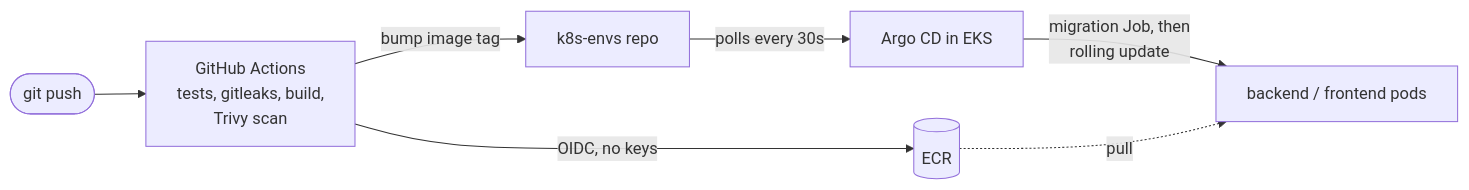
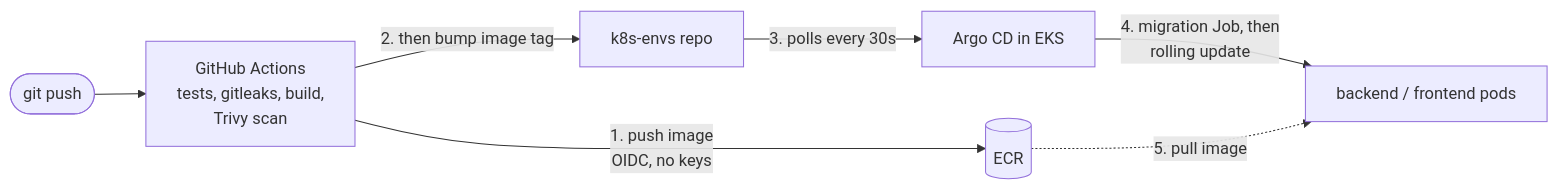
One commit to jelicki-jovan/terraform changed the second of 2 diagrams in README.md. Above: the diagram before and after it, drawn with Mermaid. The commit also changed other lines of this file and 7 other files, not shown here.

````diff
--- a/README.md
+++ b/README.md
@@ -68,9 +68,9 @@
 ```mermaid
 flowchart LR
   dev([git push]) --> ci[GitHub Actions<br/>tests, gitleaks, build,<br/>Trivy scan]
-  ci -->|OIDC, no keys| ecr[(ECR)]
-  ci -->|bump image tag| gitops[k8s-envs repo]
-  gitops -->|polls every 30s| argo[Argo CD in EKS]
-  argo -->|migration Job, then<br/>rolling update| pods[backend / frontend pods]
-  ecr -.->|pull| pods
+  ci -->|1. push image<br/>OIDC, no keys| ecr[(ECR)]
+  ci -->|2. then bump image tag| gitops[k8s-envs repo]
+  gitops -->|3. polls every 30s| argo[Argo CD in EKS]
+  argo -->|4. migration Job, then<br/>rolling update| pods[backend / frontend pods]
+  ecr -.->|5. pull image| pods
 ```
````
